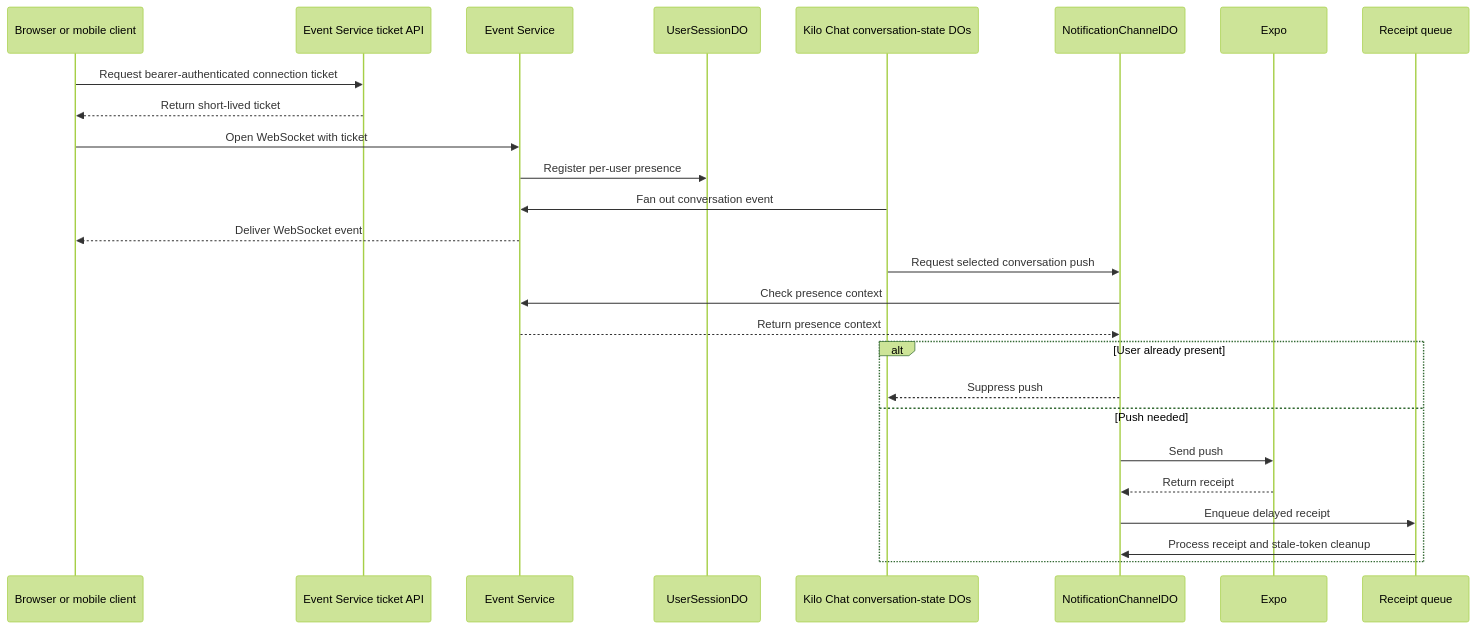
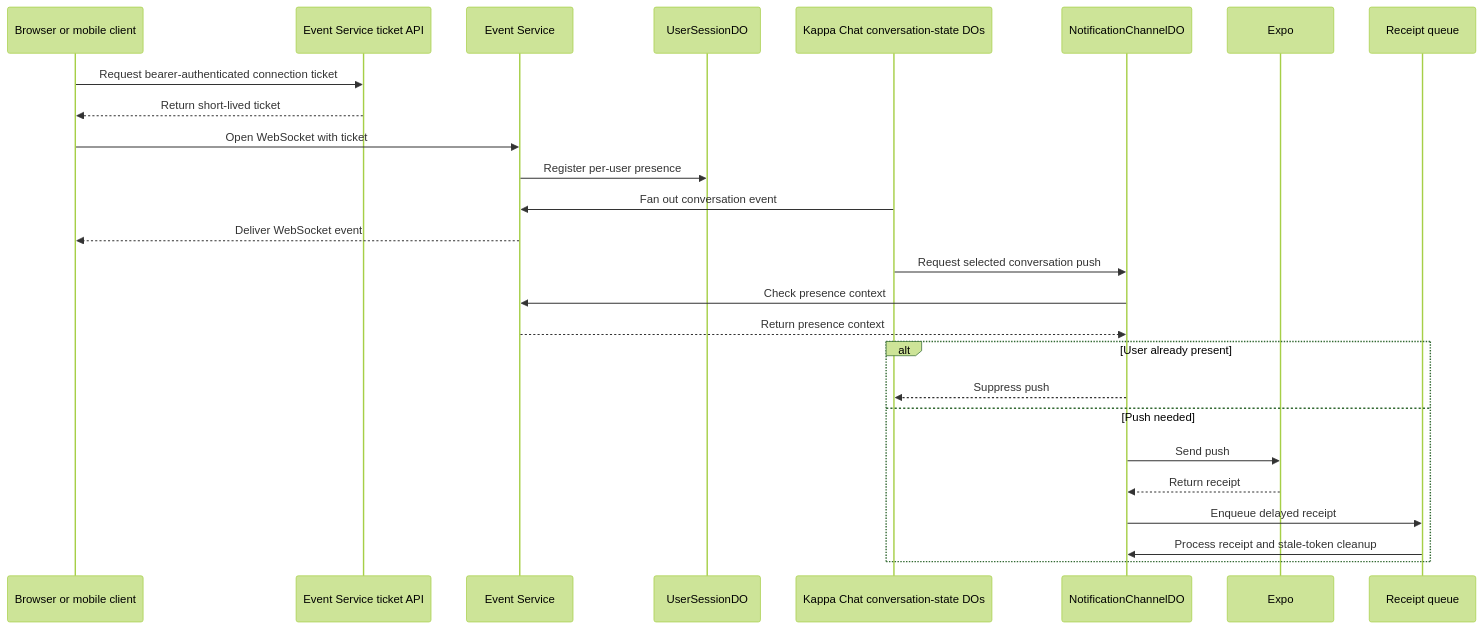
One commit to toxicwind/The-kappa-engine-open-source-AI-coding-agent-runtime changed the fourth of 4 diagrams in packages/kappa-docs/pages/contributing/architecture/cloud-security.md. Above: the diagram before and after it, drawn with Mermaid (forest theme). The commit also changed other lines of this file and 5295 other files, not shown here.

````diff
--- a/packages/kappa-docs/pages/contributing/architecture/cloud-security.md
+++ b/packages/kappa-docs/pages/contributing/architecture/cloud-security.md
@@ -231,29 +231,29 @@
 ```mermaid
 sequenceDiagram
   participant Client as Browser or mobile client
   participant Ticket as Event Service ticket API
   participant Events as Event Service
   participant Session as UserSessionDO
-  participant Chat as Kilo Chat conversation-state DOs
+  participant Chat as Kappa Chat conversation-state DOs
   participant Notify as NotificationChannelDO
   participant Expo
   participant Queue as Receipt queue
 
   Client->>Ticket: Request bearer-authenticated connection ticket
   Ticket-->>Client: Return short-lived ticket
   Client->>Events: Open WebSocket with ticket
   Events->>Session: Register per-user presence
   Chat->>Events: Fan out conversation event
   Events-->>Client: Deliver WebSocket event
   Chat->>Notify: Request selected conversation push
   Notify->>Events: Check presence context
   Events-->>Notify: Return presence context
   alt User already present
     Notify-->>Chat: Suppress push
   else Push needed
     Notify->>Expo: Send push
     Expo-->>Notify: Return receipt
     Notify->>Queue: Enqueue delayed receipt
     Queue->>Notify: Process receipt and stale-token cleanup
   end
 ```
````
